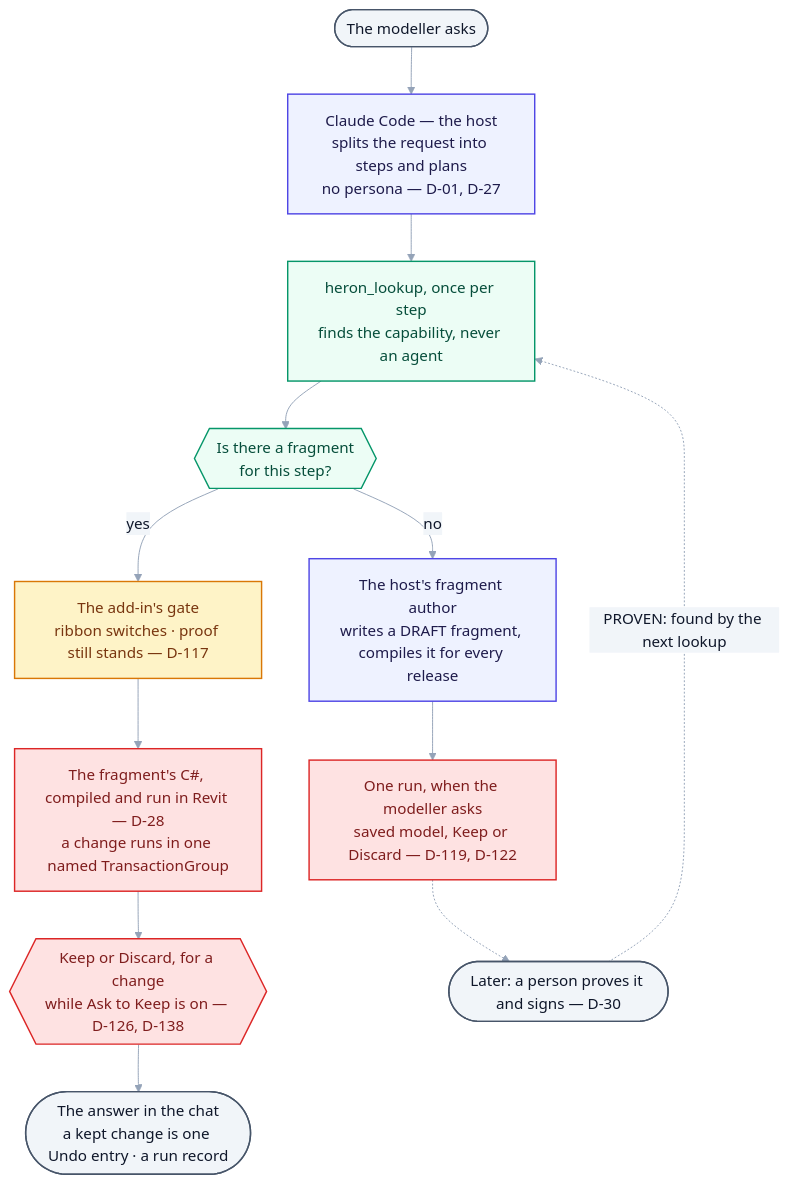
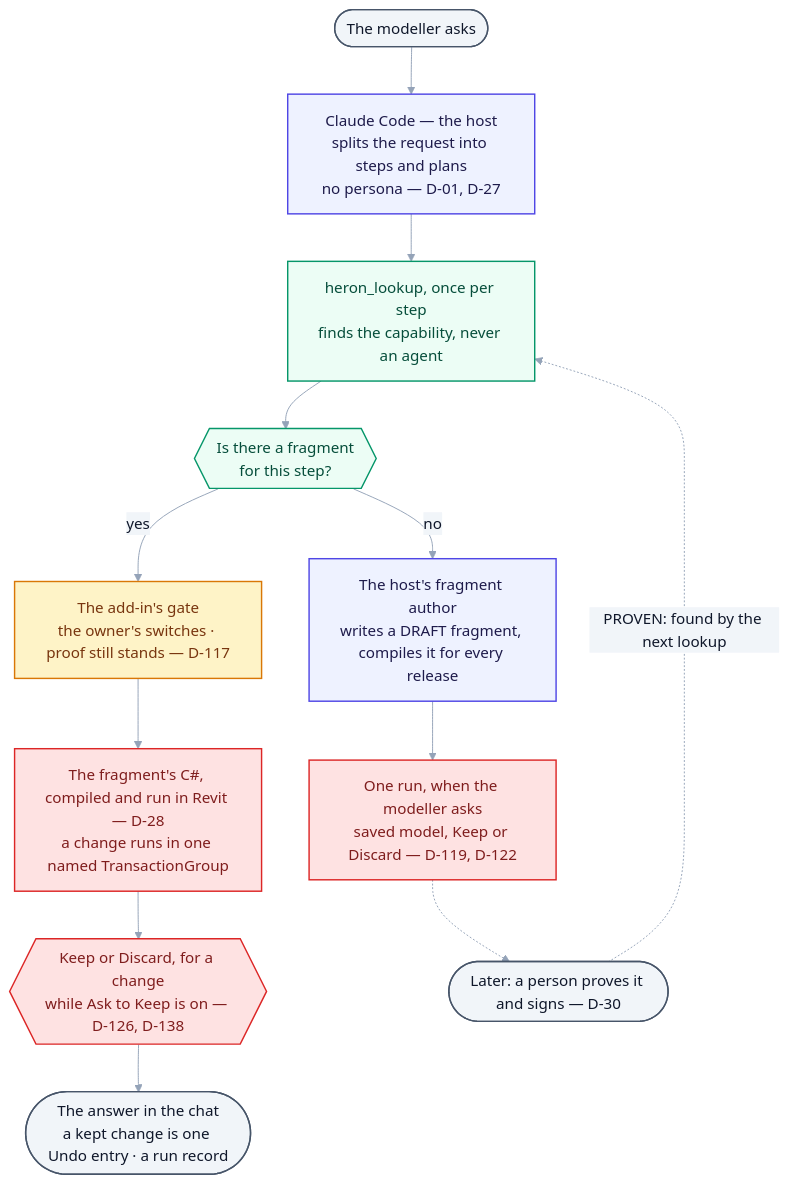
The second of 2 diagrams in docs/00b-master-specification-agent-os.md (Ajmalpshaik/Heron-AI), drawn with Mermaid before and after one commit. The commit also changed other lines of this file and 14 other files, not shown here.

````diff
--- a/docs/00b-master-specification-agent-os.md
+++ b/docs/00b-master-specification-agent-os.md
@@ -1762,33 +1762,33 @@
 ```mermaid
 %%{init: {"themeVariables": {"edgeLabelBackground":"#F1F5F9","lineColor":"#94A3B8","textColor":"#0F172A","tertiaryTextColor":"#0F172A"}}}%%
 flowchart TD
     U(["The modeller asks"])
     CC["Claude Code — the host<br/>splits the request into steps and plans<br/>no persona — D-01, D-27"]
     LK["heron_lookup, once per step<br/>finds the capability, never an agent"]
     Q{{"Is there a fragment<br/>for this step?"}}
-    G["The add-in's gate<br/>ribbon switches · proof still stands — D-117"]
+    G["The add-in's gate<br/>the owner's switches · proof still stands — D-117"]
     RUN["The fragment's C#, compiled and run in Revit — D-28<br/>a change runs in one named TransactionGroup"]
     KD{{"Keep or Discard, for a change<br/>while Ask to Keep is on — D-126, D-138"}}
     R(["The answer in the chat<br/>a kept change is one Undo entry · a run record"])
     FA["The host's fragment author<br/>writes a DRAFT fragment, compiles it for every release"]
     ONE["One run, when the modeller asks<br/>saved model, Keep or Discard — D-119, D-122"]
     PR(["Later: a person proves it and signs — D-30"])
 
     U --> CC --> LK --> Q
     Q -->|"yes"| G --> RUN --> KD --> R
     Q -->|"no"| FA --> ONE
     ONE -.-> PR
     PR -.->|"PROVEN: found by the next lookup"| LK
 
     classDef user fill:#F1F5F9,stroke:#475569,stroke-width:1.5px,color:#0F172A
     classDef host fill:#EEF2FF,stroke:#4F46E5,stroke-width:1.5px,color:#1E1B4B
     classDef brain fill:#ECFDF5,stroke:#059669,stroke-width:1.5px,color:#064E3B
     classDef addin fill:#FEF3C7,stroke:#D97706,stroke-width:1.5px,color:#78350F
     classDef revit fill:#FEE2E2,stroke:#DC2626,stroke-width:1.5px,color:#7F1D1D
     classDef plat fill:#F5F3FF,stroke:#7C3AED,stroke-width:1.5px,color:#4C1D95,stroke-dasharray:4 3
     class U,R,PR user
     class CC,FA host
     class LK,Q brain
     class G addin
     class RUN,KD,ONE revit
 ```
````
